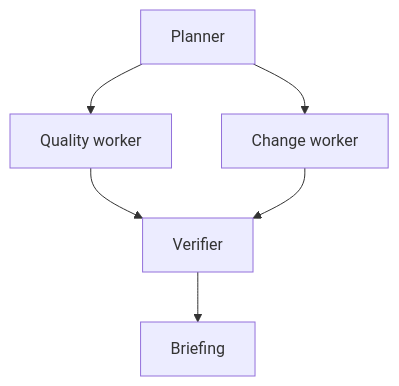
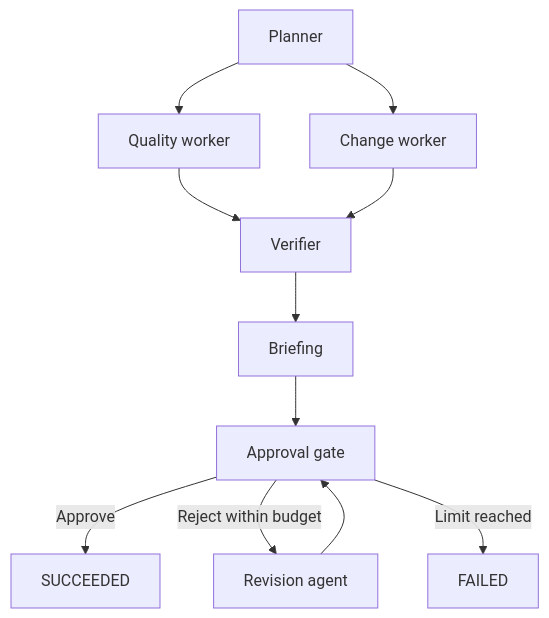
The first of 2 diagrams in docs/ARCHITECTURE.md (MasterAerol/opscheck-flow), drawn with Mermaid before and after one commit. The commit also changed other lines of this file and 13 other files, not shown here.

Commit message:
feat: add human approval and revision workflow

````diff
--- a/docs/ARCHITECTURE.md
+++ b/docs/ARCHITECTURE.md
@@ -23,8 +26,13 @@
 ```mermaid
 flowchart TD
     P[Planner] --> Q[Quality worker]
     P --> C[Change worker]
     Q --> V[Verifier]
     C --> V
     V --> B[Briefing]
+    B --> G[Approval gate]
+    G -->|Approve| S[SUCCEEDED]
+    G -->|Reject within budget| R[Revision agent]
+    R --> G
+    G -->|Limit reached| F[FAILED]
 ```
````
